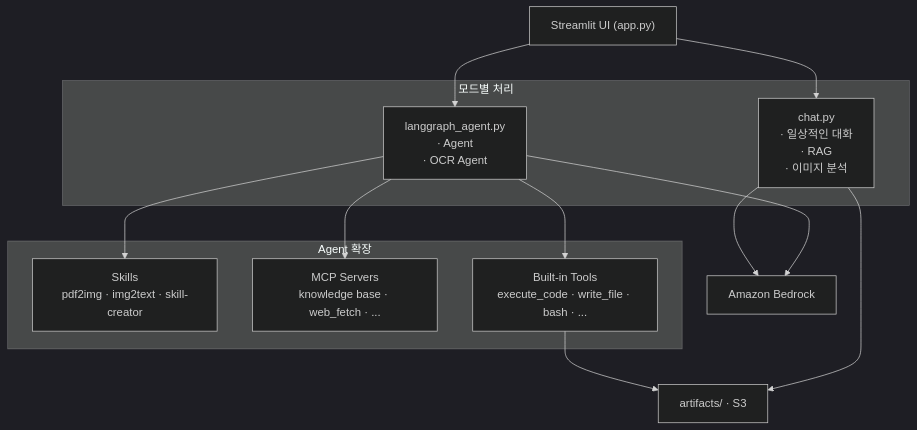
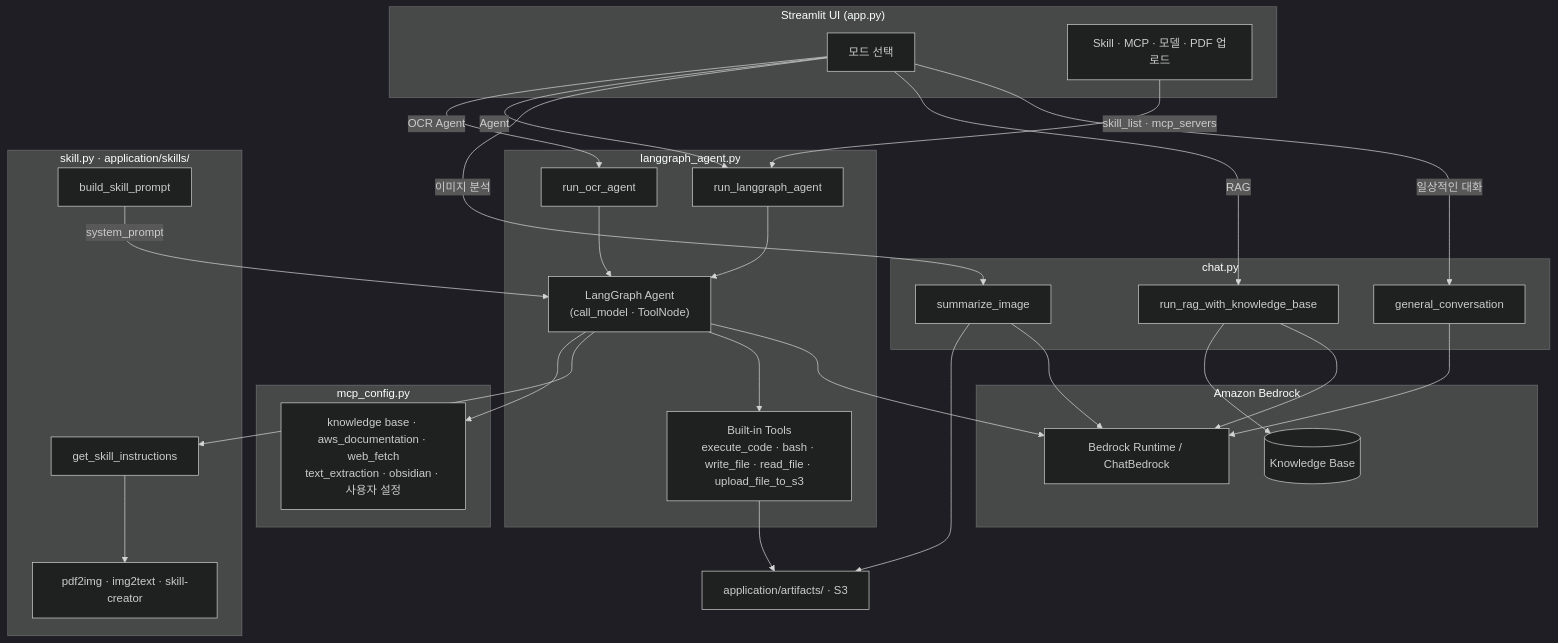
One commit to kyopark2014/multimodal-ocr changed the diagram in README.md. Above: the diagram before and after it, drawn with Mermaid (dark theme).

````diff
--- a/README.md
+++ b/README.md
@@ -9,29 +9,61 @@
 ```mermaid
 flowchart TB
-  UI["Streamlit UI (app.py)"]
-
-  subgraph Modes["모드별 처리"]
-    CHAT["chat.py\n· 일상적인 대화\n· RAG\n· 이미지 분석"]
-    AGENT["langgraph_agent.py\n· Agent\n· OCR Agent"]
+  subgraph UI["Streamlit UI (app.py)"]
+    MODE["모드 선택"]
+    CONFIG["Skill · MCP · 모델 · PDF 업로드"]
   end
 
-  BR["Amazon Bedrock"]
-
-  subgraph Capabilities["Agent 확장"]
-    SK["Skills\npdf2img · img2text · skill-creator"]
-    MCP["MCP Servers\nknowledge base · web_fetch · ..."]
-    TOOL["Built-in Tools\nexecute_code · write_file · bash · ..."]
+  subgraph Chat["chat.py"]
+    GC[general_conversation]
+    RAG[run_rag_with_knowledge_base]
+    IMG[summarize_image]
   end
 
-  STORE["artifacts/ · S3"]
+  subgraph Agent["langgraph_agent.py"]
+    RLA[run_langgraph_agent]
+    ROA[run_ocr_agent]
+    LG["LangGraph Agent\n(call_model · ToolNode)"]
+    BT["Built-in Tools\nexecute_code · bash · write_file · read_file · upload_file_to_s3"]
+  end
 
-  UI --> CHAT
-  UI --> AGENT
-  CHAT --> BR
-  AGENT --> BR
-  AGENT --> SK
-  AGENT --> MCP
-  AGENT --> TOOL
-  TOOL --> STORE
-  CHAT --> STORE
+  subgraph Skills["skill.py · application/skills/"]
+    BSP[build_skill_prompt]
+    GSI[get_skill_instructions]
+    OCR["pdf2img · img2text · skill-creator"]
+  end
+
+  subgraph MCP["mcp_config.py"]
+    SRV["knowledge base · aws_documentation · web_fetch\ntext_extraction · obsidian · 사용자 설정"]
+  end
+
+  subgraph Bedrock["Amazon Bedrock"]
+    BR[Bedrock Runtime / ChatBedrock]
+    KB[(Knowledge Base)]
+  end
+
+  STORE["application/artifacts/ · S3"]
+
+  MODE -->|일상적인 대화| GC
+  MODE -->|RAG| RAG
+  MODE -->|이미지 분석| IMG
+  MODE -->|Agent| RLA
+  MODE -->|OCR Agent| ROA
+  CONFIG -->|skill_list · mcp_servers| RLA
+
+  GC --> BR
+  RAG --> BR
+  RAG --> KB
+  IMG --> BR
+
+  RLA --> LG
+  ROA --> LG
+  LG --> BR
+  LG --> BT
+  LG --> GSI
+  LG --> SRV
+  BSP -->|system_prompt| LG
+  GSI --> OCR
+
+  BT --> STORE
+  IMG --> STORE
 ```
````
